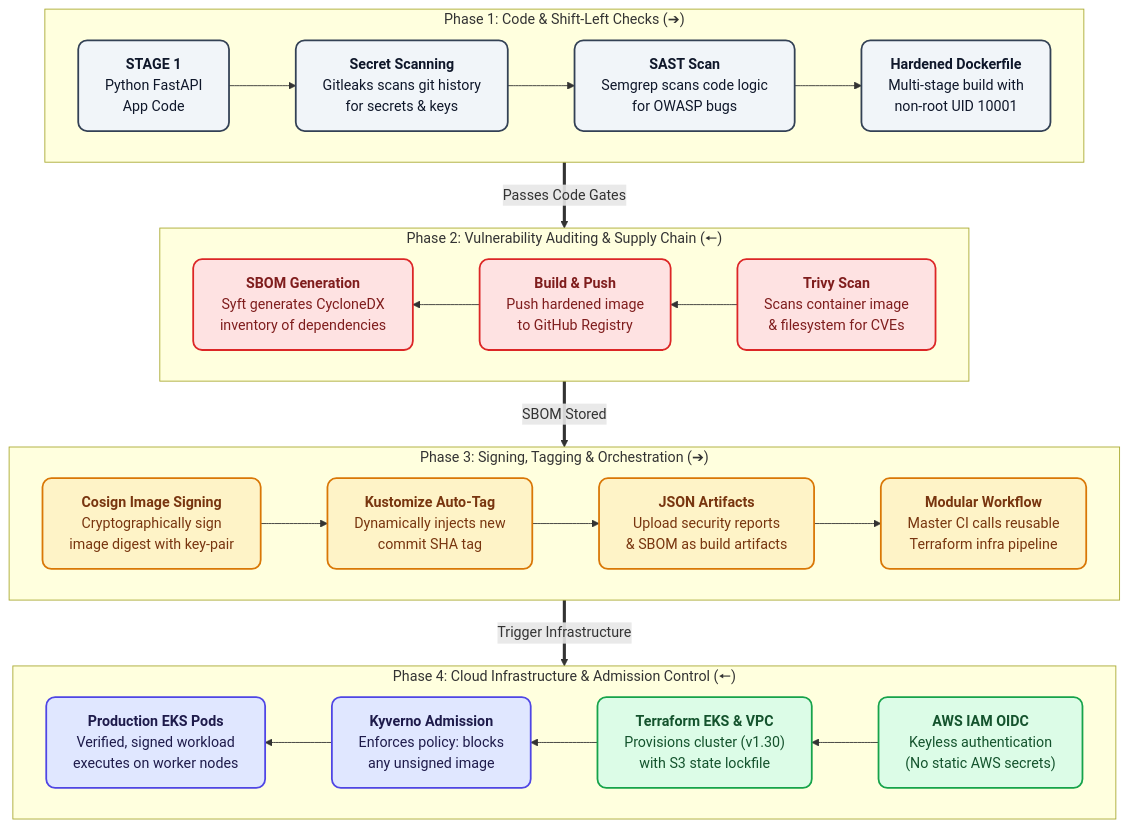
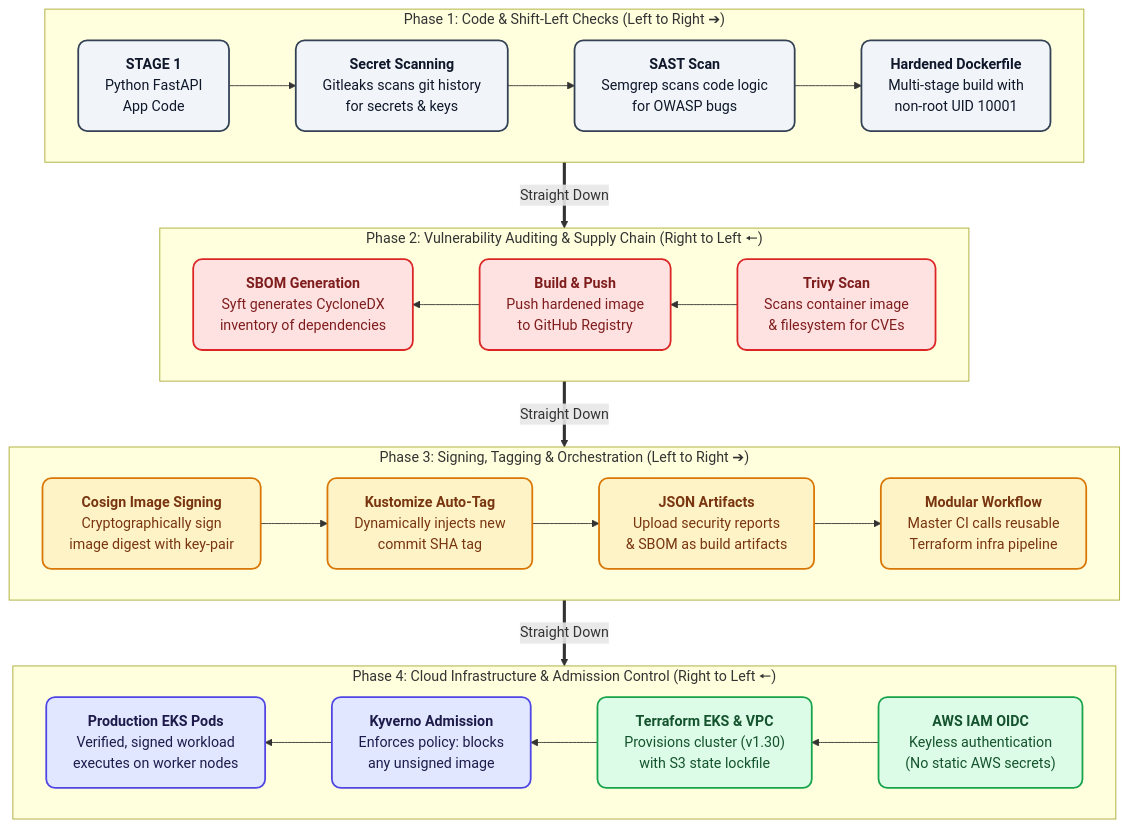
Before and after one commit to himanshu2oo4/Zero-Trust-Software-Supply-Chain-Pipeline-SLSA-Compliant: the diagram in README.md, drawn with Mermaid. The commit also changed other lines of this file, not shown here.

Commit message:
[skip ci]
Updated flowchart descriptions and directions for clarity.

````diff
--- a/README.md
+++ b/README.md
@@ -31,43 +31,67 @@
 ```mermaid
 flowchart TD
-    %% High-Contrast Styling
+    %% High-Contrast Styling (Dark text on distinct colored cards)
     classDef stage1 fill:#f1f5f9,stroke:#334155,stroke-width:2px,rx:10px,ry:10px,color:#0f172a;
     classDef stage2 fill:#fee2e2,stroke:#dc2626,stroke-width:2px,rx:10px,ry:10px,color:#7f1d1d;
     classDef stage3 fill:#fef3c7,stroke:#d97706,stroke-width:2px,rx:10px,ry:10px,color:#78350f;
     classDef stage4 fill:#dcfce7,stroke:#16a34a,stroke-width:2px,rx:10px,ry:10px,color:#14532d;
     classDef stage5 fill:#e0e7ff,stroke:#4f46e5,stroke-width:2px,rx:10px,ry:10px,color:#1e1b4b;
-    subgraph R1 ["Phase 1: Code & Shift-Left Checks (➔)"]
+
+    %% ==========================================
+    %% ROW 1: Moves Left -> Right
+    %% ==========================================
+    subgraph R1 ["Phase 1: Code & Shift-Left Checks (Left to Right ➔)"]
         direction LR
         S1["<b>STAGE 1</b><br/>Python FastAPI<br/>App Code"]:::stage1
         S2["<b>Secret Scanning</b><br/>Gitleaks scans git history<br/>for secrets & keys"]:::stage1
         S3["<b>SAST Scan</b><br/>Semgrep scans code logic<br/>for OWASP bugs"]:::stage1
         S4["<b>Hardened Dockerfile</b><br/>Multi-stage build with<br/>non-root UID 10001"]:::stage1
+
         S1 --> S2 --> S3 --> S4
     end
-    subgraph R2 ["Phase 2: Vulnerability Auditing & Supply Chain (🠔)"]
+
+    %% ==========================================
+    %% ROW 2: Moves Right -> Left
+    %% ==========================================
+    subgraph R2 ["Phase 2: Vulnerability Auditing & Supply Chain (Right to Left 🠔)"]
         direction RL
         S5["<b>Trivy Scan</b><br/>Scans container image<br/>& filesystem for CVEs"]:::stage2
         S6["<b>Build & Push</b><br/>Push hardened image<br/>to GitHub Registry"]:::stage2
         S7["<b>SBOM Generation</b><br/>Syft generates CycloneDX<br/>inventory of dependencies"]:::stage2
+
         S5 --> S6 --> S7
     end
-    subgraph R3 ["Phase 3: Signing, Tagging & Orchestration (➔)"]
+
+    %% ==========================================
+    %% ROW 3: Moves Left -> Right
+    %% ==========================================
+    subgraph R3 ["Phase 3: Signing, Tagging & Orchestration (Left to Right ➔)"]
         direction LR
         S8["<b>Cosign Image Signing</b><br/>Cryptographically sign<br/>image digest with key-pair"]:::stage3
         S9["<b>Kustomize Auto-Tag</b><br/>Dynamically injects new<br/>commit SHA tag"]:::stage3
         S10["<b>JSON Artifacts</b><br/>Upload security reports<br/>& SBOM as build artifacts"]:::stage3
         S11["<b>Modular Workflow</b><br/>Master CI calls reusable<br/>Terraform infra pipeline"]:::stage3
+
         S8 --> S9 --> S10 --> S11
     end
-    subgraph R4 ["Phase 4: Cloud Infrastructure & Admission Control (🠔)"]
+
+    %% ==========================================
+    %% ROW 4: Moves Right -> Left
+    %% ==========================================
+    subgraph R4 ["Phase 4: Cloud Infrastructure & Admission Control (Right to Left 🠔)"]
         direction RL
         S12["<b>AWS IAM OIDC</b><br/>Keyless authentication<br/>(No static AWS secrets)"]:::stage4
         S13["<b>Terraform EKS & VPC</b><br/>Provisions cluster (v1.30)<br/>with S3 state lockfile"]:::stage4
         S14["<b>Kyverno Admission</b><br/>Enforces policy: blocks<br/>any unsigned image"]:::stage5
         S15["<b>Production EKS Pods</b><br/>Verified, signed workload<br/>executes on worker nodes"]:::stage5
+
         S12 --> S13 --> S14 --> S15
     end
-    S4 ==>|Passes Code Gates| S5
-    S7 ==>|SBOM Stored| S8
-    S11 ==>|Trigger Infrastructure| S12
+
+    %% ==========================================
+    %% Straight Down Vertical Connections (No Diagonals!)
+    %% ==========================================
+    S4 ==>|Straight Down| S5
+    S7 ==>|Straight Down| S8
+    S11 ==>|Straight Down| S12
 ```
````
